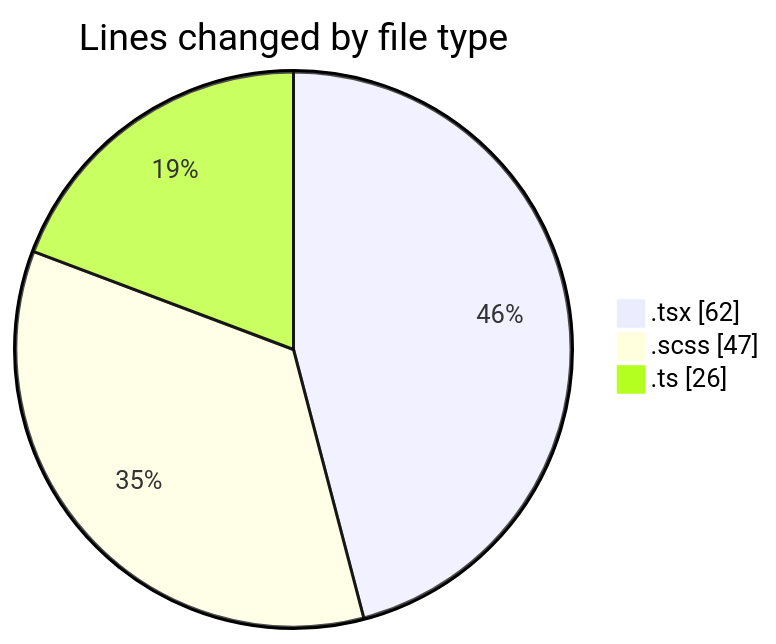
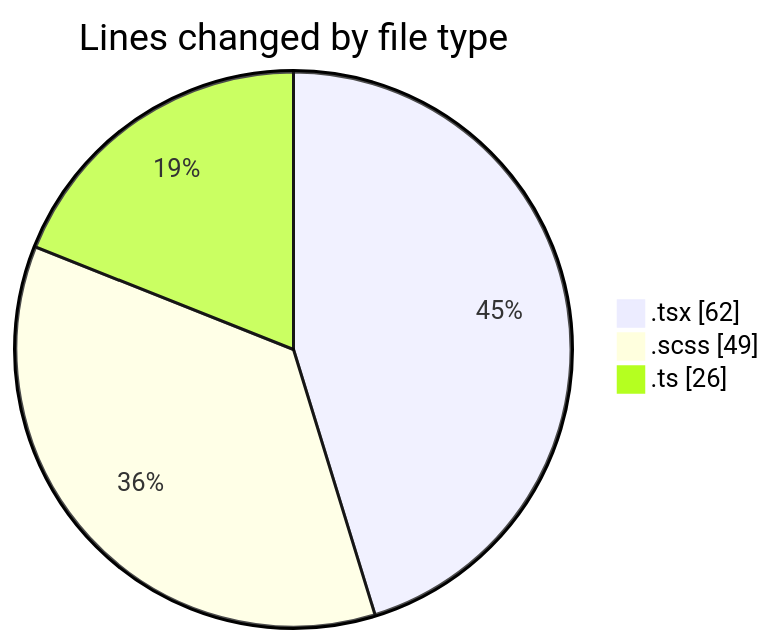
Before and after one commit to momahboobian/code-tracking: the first of 2 diagrams in 2025-04-09/cda/README.md, drawn with Mermaid. The commit also changed other lines of this file and 1 other file, not shown here.

````diff
--- a/2025-04-09/cda/README.md
+++ b/2025-04-09/cda/README.md
@@ -23,7 +23,7 @@
 ```mermaid
 pie showData
 title Lines changed by file type
 ".tsx" : 62
-".scss" : 47
+".scss" : 49
 ".ts" : 26
 ```
````
